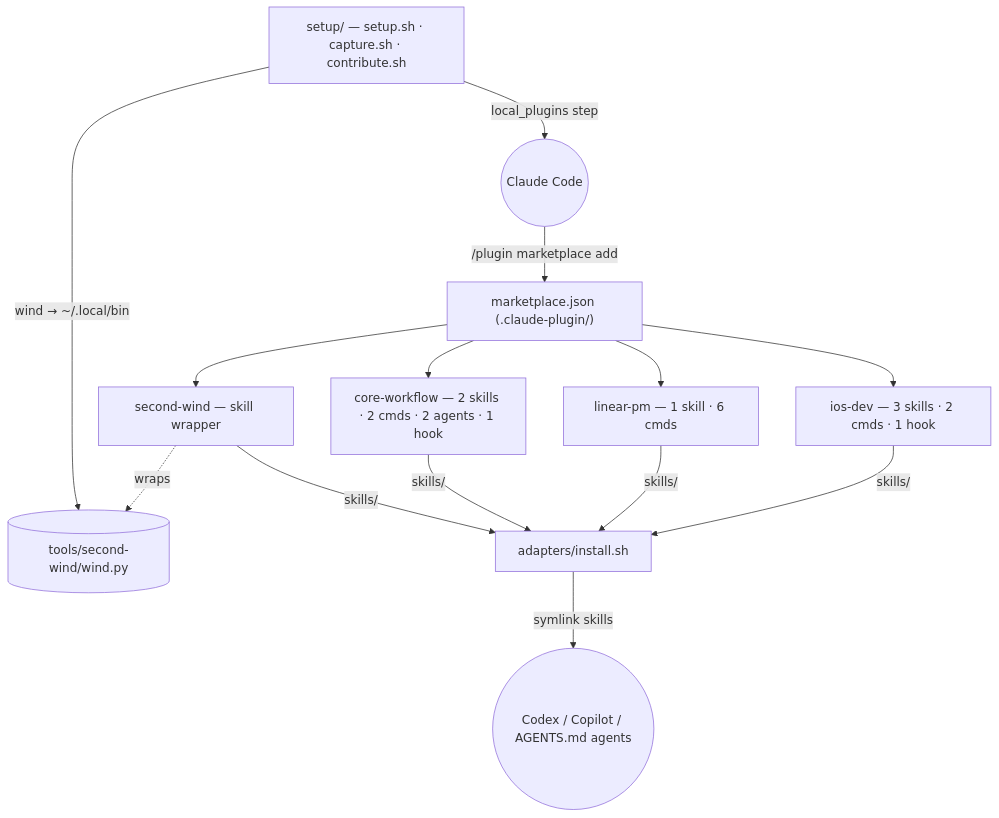
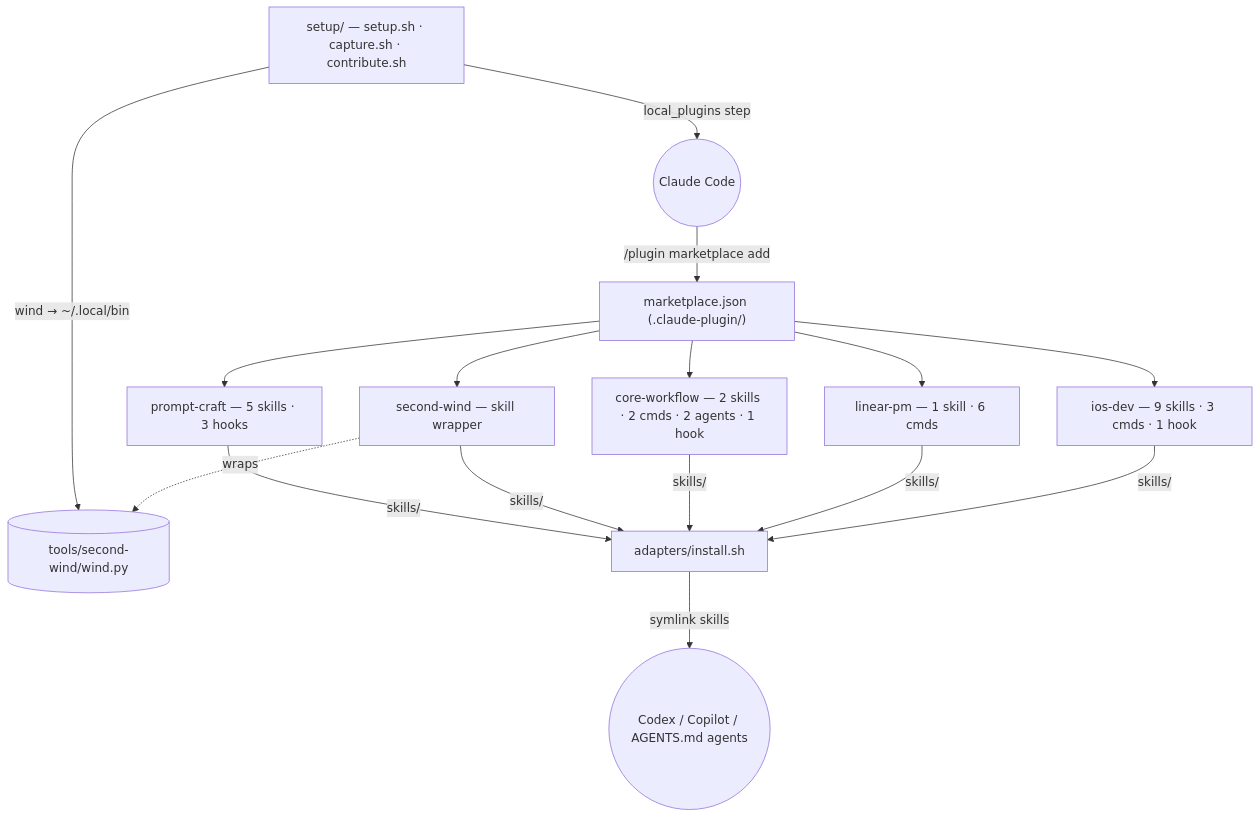
Before and after one commit to abhijitbansal/claude-skills: the diagram in docs/architecture.md, drawn with Mermaid. The commit also changed other lines of this file and 7 other files, not shown here.

First line of the commit message:
feat(site): integrate prompt-craft as the fifth plugin across site + docs

````diff
--- a/docs/architecture.md
+++ b/docs/architecture.md
@@ -15,21 +15,22 @@
 ```mermaid
 flowchart TD
   MP["marketplace.json (.claude-plugin/)"]
-  IOS["ios-dev — 3 skills · 2 cmds · 1 hook"]
+  IOS["ios-dev — 9 skills · 3 cmds · 1 hook"]
   LIN["linear-pm — 1 skill · 6 cmds"]
   CW["core-workflow — 2 skills · 2 cmds · 2 agents · 1 hook"]
   SW["second-wind — skill wrapper"]
+  PC["prompt-craft — 5 skills · 3 hooks"]
   WIND[("tools/second-wind/wind.py")]
   AD["adapters/install.sh"]
   SEED["setup/ — setup.sh · capture.sh · contribute.sh"]
   CC(("Claude Code"))
   OTHER(("Codex / Copilot / AGENTS.md agents"))
 
-  MP --> IOS & LIN & CW & SW
+  MP --> IOS & LIN & CW & SW & PC
   SW -.->|wraps| WIND
   CC -->|"/plugin marketplace add"| MP
   SEED -->|local_plugins step| CC
   SEED -->|"wind → ~/.local/bin"| WIND
   AD -->|symlink skills| OTHER
-  IOS & LIN & CW & SW -->|skills/| AD
+  IOS & LIN & CW & SW & PC -->|skills/| AD
 ```
````
